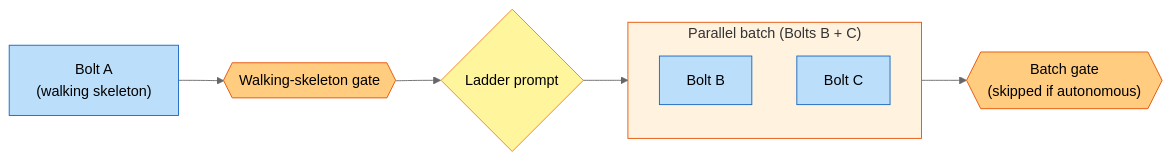
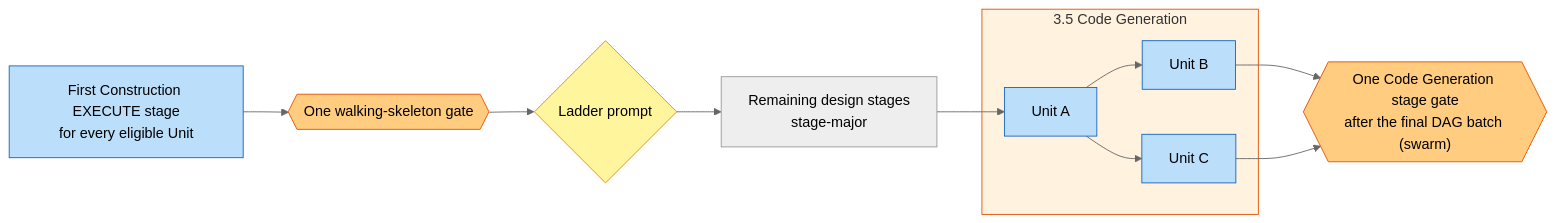
The fifth of 6 diagrams in docs/guide/en/04-phases-and-stages.md (otomatty/aidlc-guide), drawn with Mermaid (neutral theme) before and after one commit. The commit also changed other lines of this file and 103 other files, not shown here.

First line of the commit message:
Reframe Construction walk from Bolt-by-Bolt to stage-major default (#48)

````diff
--- a/docs/guide/en/04-phases-and-stages.md
+++ b/docs/guide/en/04-phases-and-stages.md
@@ -289,23 +288,30 @@
 ```mermaid
 flowchart LR
-    A["Bolt A\n(walking skeleton)"]
-    GA{{"Walking-skeleton gate"}}
+    S1["First Construction EXECUTE stage\nfor every eligible Unit"]
+    GA{{"One walking-skeleton gate"}}
     L{"Ladder prompt"}
+    LATER["Remaining design stages\nstage-major"]
 
-    subgraph BATCH["Parallel batch (Bolts B + C)"]
-        B["Bolt B"]
-        C["Bolt C"]
+    subgraph CG["3.5 Code Generation"]
+        A["Unit A"]
+        B["Unit B"]
+        C["Unit C"]
     end
 
-    GBC{{"Batch gate\n(skipped if autonomous)"}}
+    GBC{{"One Code Generation stage gate\nafter the final DAG batch (swarm)"}}
 
-    A --> GA --> L --> BATCH --> GBC
+    S1 --> GA --> L --> LATER --> A
+    A --> B
+    A --> C
+    B --> GBC
+    C --> GBC
 
-    style A fill:#bbdefb,stroke:#1565c0
+    style S1 fill:#bbdefb,stroke:#1565c0
     style GA fill:#ffcc80,stroke:#e65100
     style L fill:#fff59d,stroke:#f57f17
+    style A fill:#bbdefb,stroke:#1565c0
     style B fill:#bbdefb,stroke:#1565c0
     style C fill:#bbdefb,stroke:#1565c0
-    style BATCH fill:#fff3e0,stroke:#e65100
+    style CG fill:#fff3e0,stroke:#e65100
     style GBC fill:#ffcc80,stroke:#e65100
 ```
````
